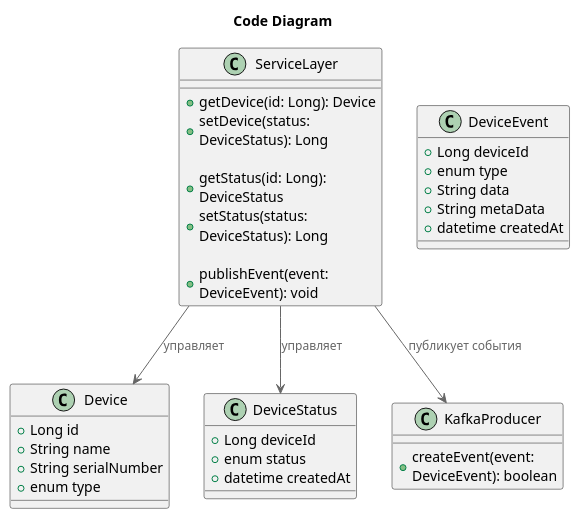
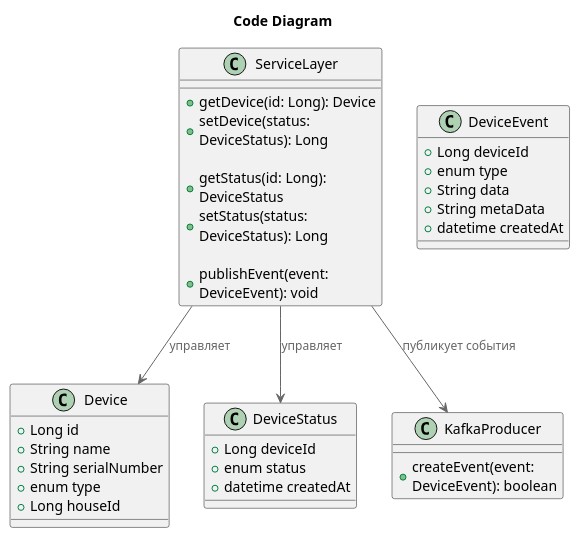
Before and after one commit to MarieSpring/architecture-sprint-3: the diagram in docs/task2/Code.puml, drawn with PlantUML. The commit also changed 2 other files, not shown here.

```diff
--- a/docs/task2/Code.puml
+++ b/docs/task2/Code.puml
@@ -1,46 +1,47 @@
 @startuml
 
 title Code Diagram
 
 !include https://raw.githubusercontent.com/plantuml-stdlib/C4-PlantUML/master/C4_Component.puml
 
 class Device {
     +Long id
     +String name
     +String serialNumber
     +enum type
+    +Long houseId
 }
 
 class DeviceStatus {
     +Long deviceId
     +enum status
     +datetime createdAt 
 }
 
 class DeviceEvent {
     +Long deviceId
     +enum type
     +String data
     +String metaData
     +datetime createdAt 
 }
 
 class KafkaProducer {
     +createEvent(event: DeviceEvent): boolean
 }
 
 class ServiceLayer {
     +getDevice(id: Long): Device
     +setDevice(status: DeviceStatus): Long
    
     +getStatus(id: Long): DeviceStatus
     +setStatus(status: DeviceStatus): Long
 
-     +publishEvent(event: DeviceEvent): void
+    +publishEvent(event: DeviceEvent): void
 }
 
 ServiceLayer --> KafkaProducer: публикует события
 ServiceLayer --> Device : управляет
 ServiceLayer --> DeviceStatus : управляет
 
 @enduml
```
